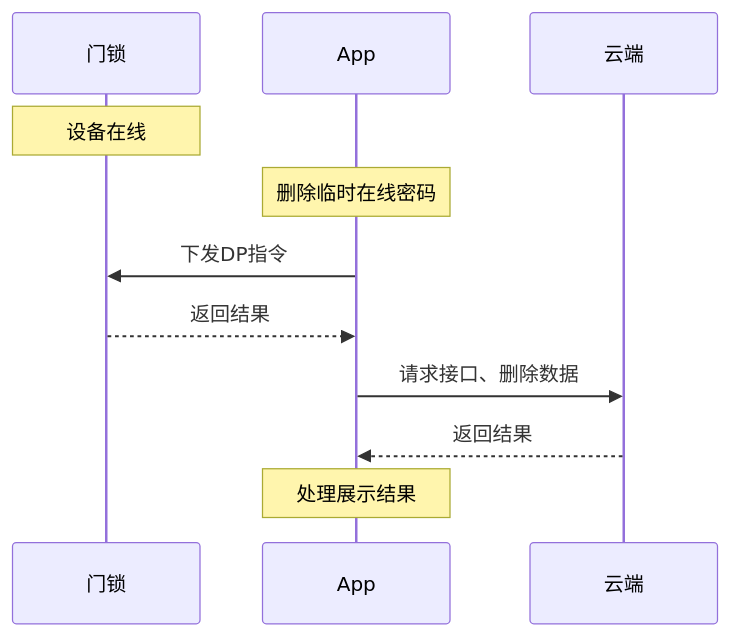
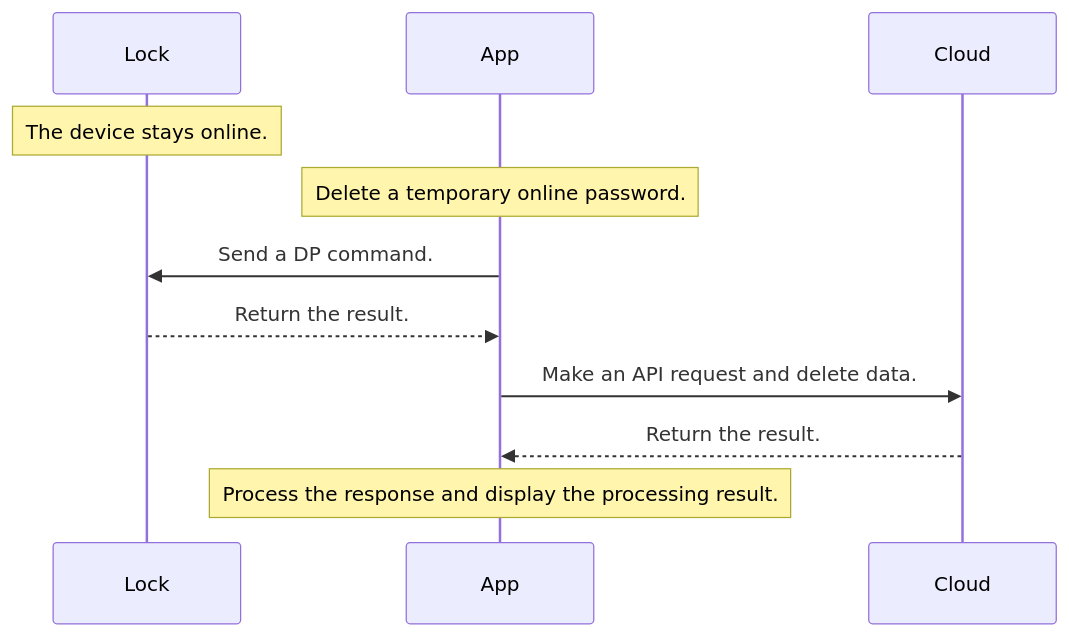
Before and after one commit to tuya/tuya-lock-android-demo: diagram 11 of 11 in lock/README.md, drawn with Mermaid. The commit also changed other lines of this file and 1 other file, not shown here.

````diff
--- a/lock/README.md
+++ b/lock/README.md
@@ -1660,13 +1659,13 @@
 ```mermaid
 sequenceDiagram
-participant D as 门锁
+participant D as Lock
 participant A as App
-participant C as 云端
-Note over D: 设备在线
-Note over A: 删除临时在线密码
-A->>D: 下发DP指令
-D-->>A:返回结果
-A->>C: 请求接口、删除数据
-C-->>A: 返回结果
-Note over A: 处理展示结果
+participant C as Cloud
+Note over D: The device stays online.
+Note over A: Delete a temporary online password.
+A->>D: Send a DP command.
+D-->>A: Return the result.
+A->>C: Make an API request and delete data.
+C-->>A: Return the result.
+Note over A: Process the response and display the processing result.
 ```
````
